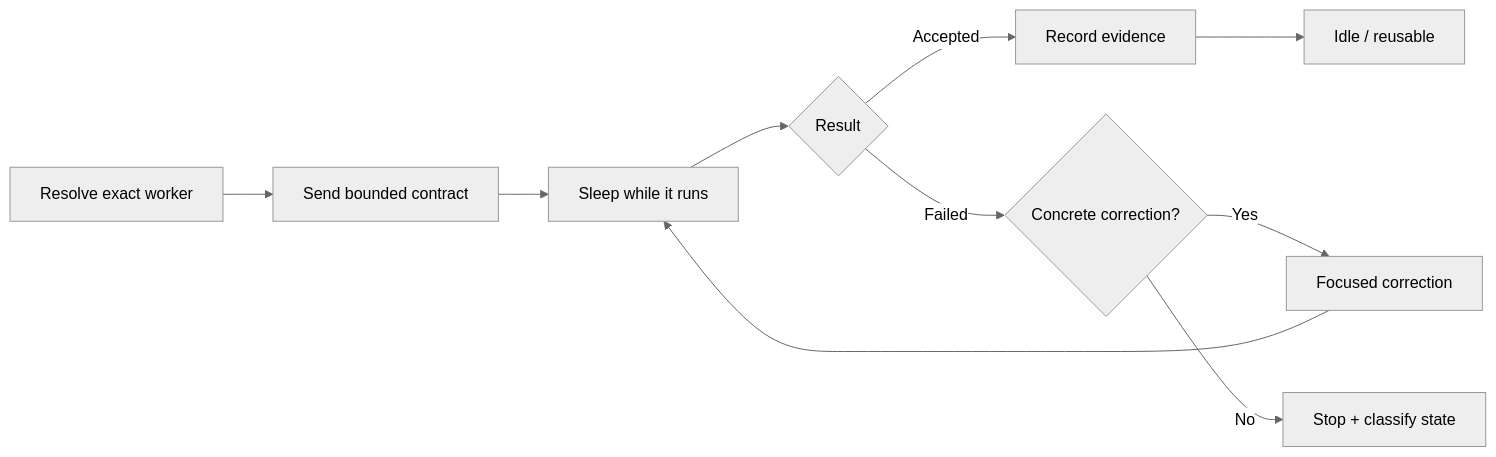
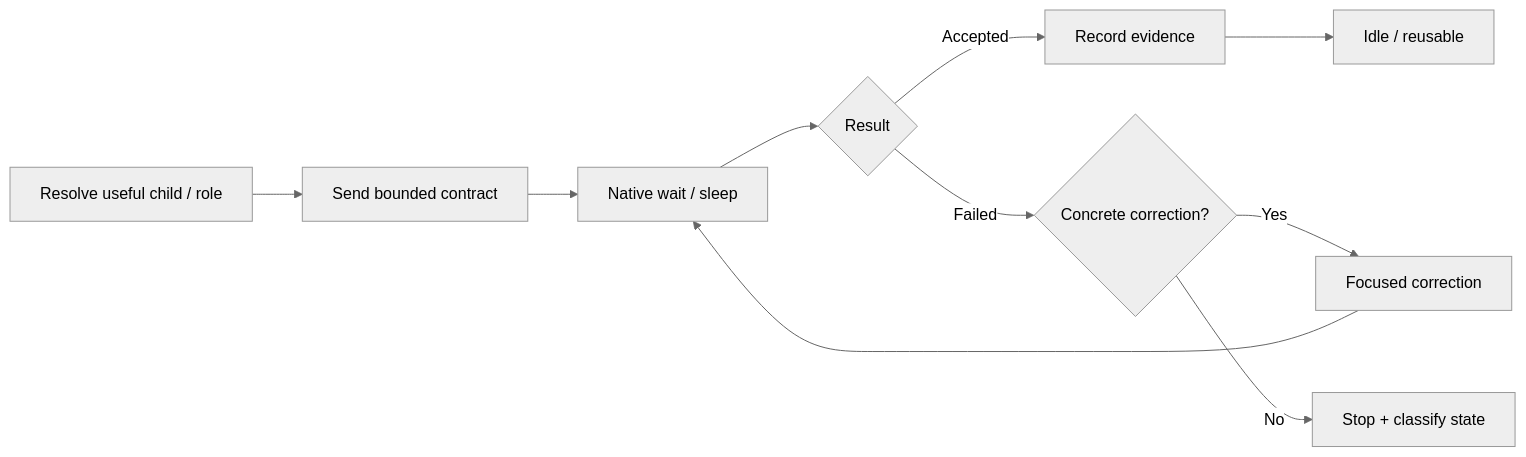
One commit to Strataward/durable-threads changed the diagram in plugins/durable-threads/skills/durable-threads/references/PERSISTENT_THREADS.md. Above: the diagram before and after it, drawn with Mermaid (neutral theme). The commit also changed other lines of this file, not shown here.

Commit message:
Reframe persistent threads around native Codex sessions

````diff
--- a/plugins/durable-threads/skills/durable-threads/references/PERSISTENT_THREADS.md
+++ b/plugins/durable-threads/skills/durable-threads/references/PERSISTENT_THREADS.md
@@ -13,8 +15,8 @@
 ```mermaid
 flowchart LR
-    R["Resolve exact worker"] --> S["Send bounded contract"] --> W["Sleep while it runs"] --> E{"Result"}
+    R["Resolve useful child / role"] --> S["Send bounded contract"] --> W["Native wait / sleep"] --> E{"Result"}
     E -->|"Accepted"| I["Record evidence"] --> N["Idle / reusable"]
     E -->|"Failed"| C{"Concrete correction?"}
     C -->|"Yes"| F["Focused correction"] --> W
     C -->|"No"| X["Stop + classify state"]
 ```
````
